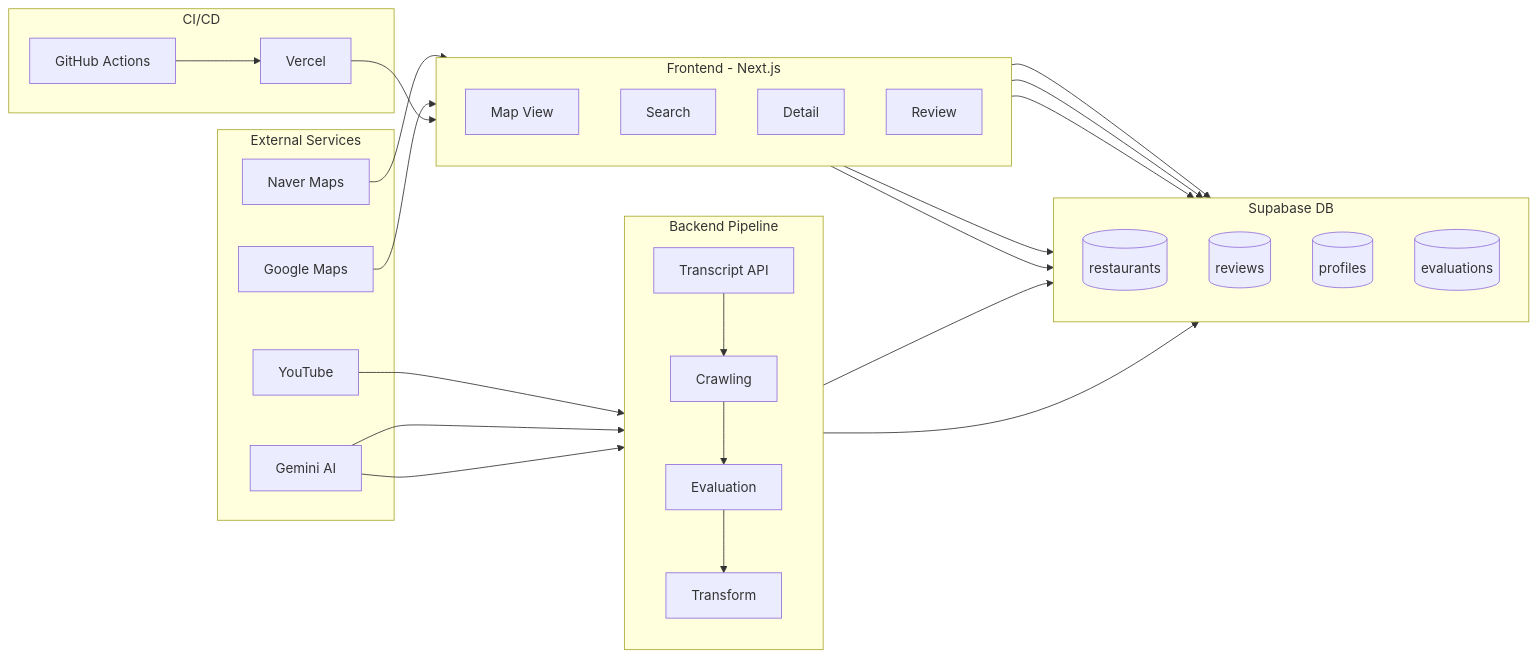
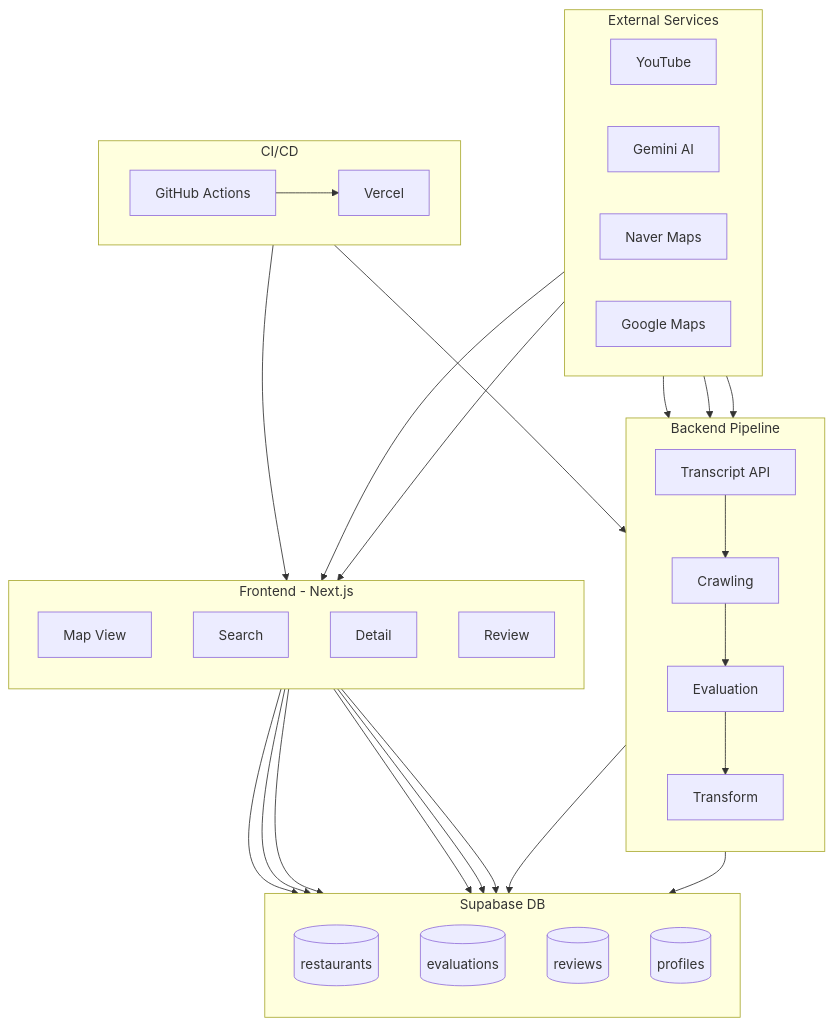
Before and after one commit to twoimo/tzudong: the diagram in .davia/assets/mermaids/system-architecture.mmd, drawn with Mermaid. The commit also changed 5 other files, not shown here.

First line of the commit message:
Refactor data pipeline and system architecture diagrams for clarity and consistency

```diff
--- a/.davia/assets/mermaids/system-architecture.mmd
+++ b/.davia/assets/mermaids/system-architecture.mmd
@@ -1,54 +1,59 @@
 %%{init: {'theme': 'default'}}%%
 
-flowchart LR
+flowchart TB
     subgraph EXT["External Services"]
+        direction LR
         YT[YouTube]
-        GEMINI[Gemini AI]
-        NAVER[Naver Maps]
-        GOOGLE[Google Maps]
+        GEM[Gemini AI]
+        NAV[Naver Maps]
+        GOO[Google Maps]
     end
 
     subgraph PIPE["Backend Pipeline"]
         direction TB
         P1[Transcript API]
         P2[Crawling]
         P3[Evaluation]
         P4[Transform]
+        P1 --> P2 --> P3 --> P4
     end
 
     subgraph FE["Frontend - Next.js"]
         direction TB
-        FE1[Map View]
-        FE2[Search]
-        FE3[Detail]
-        FE4[Review]
+        F1[Map View]
+        F2[Search]
+        F3[Detail]
+        F4[Review]
     end
 
     subgraph DB["Supabase DB"]
         direction TB
-        DB1[(restaurants)]
-        DB2[(reviews)]
-        DB3[(profiles)]
-        DB4[(evaluations)]
+        D1[(restaurants)]
+        D2[(evaluations)]
+        D3[(reviews)]
+        D4[(profiles)]
     end
 
-    subgraph CICD["CI/CD"]
-        CI1[GitHub Actions]
-        CI2[Vercel]
+    subgraph CI["CI/CD"]
+        direction LR
+        C1[GitHub Actions] --> C2[Vercel]
     end
 
     YT --> P1
-    GEMINI --> P2
-    GEMINI --> P3
-    P1 --> P2 --> P3 --> P4
-    P4 --> DB1
-    P4 --> DB4
-
-    NAVER --> FE1
-    GOOGLE --> FE1
+    GEM --> P2
+    GEM --> P3
+    NAV --> F1
+    GOO --> F1
     
-    FE1 & FE2 & FE3 --> DB1
-    FE3 & FE4 --> DB2
-
-    CI1 --> CI2
-    CI2 --> FE
+    P4 --> D1
+    P4 --> D2
+    
+    F1 --> D1
+    F2 --> D1
+    F3 --> D1
+    F3 --> D3
+    F4 --> D3
+    F4 --> D4
+    
+    CI --> FE
+    CI --> PIPE
```
